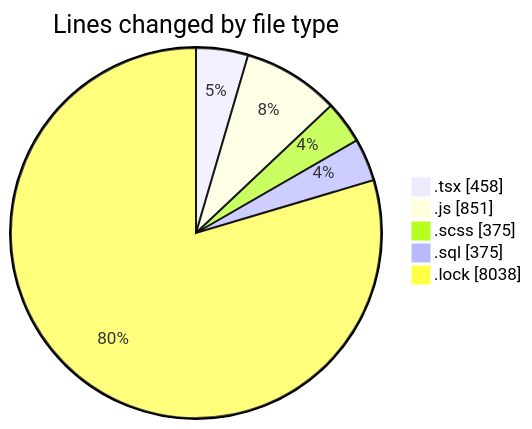
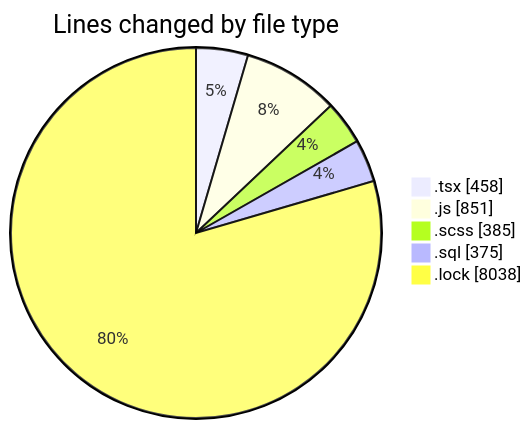
The first of 2 diagrams in 2025-03-18/cda/README.md (momahboobian/code-tracking), drawn with Mermaid before and after one commit. The commit also changed other lines of this file and 1 other file, not shown here.

````diff
--- a/2025-03-18/cda/README.md
+++ b/2025-03-18/cda/README.md
@@ -30,9 +30,9 @@
 ```mermaid
 pie showData
 title Lines changed by file type
 ".tsx" : 458
 ".js" : 851
-".scss" : 375
+".scss" : 385
 ".sql" : 375
 ".lock" : 8038
 ```
````
